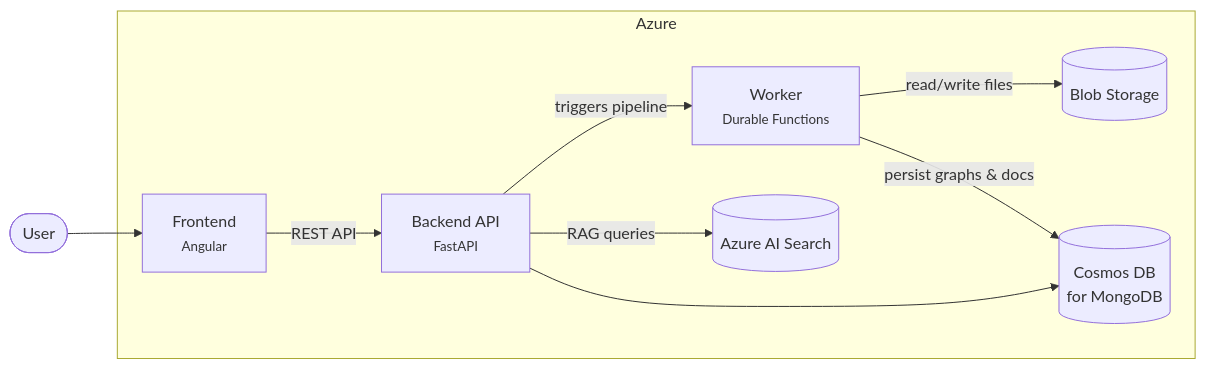
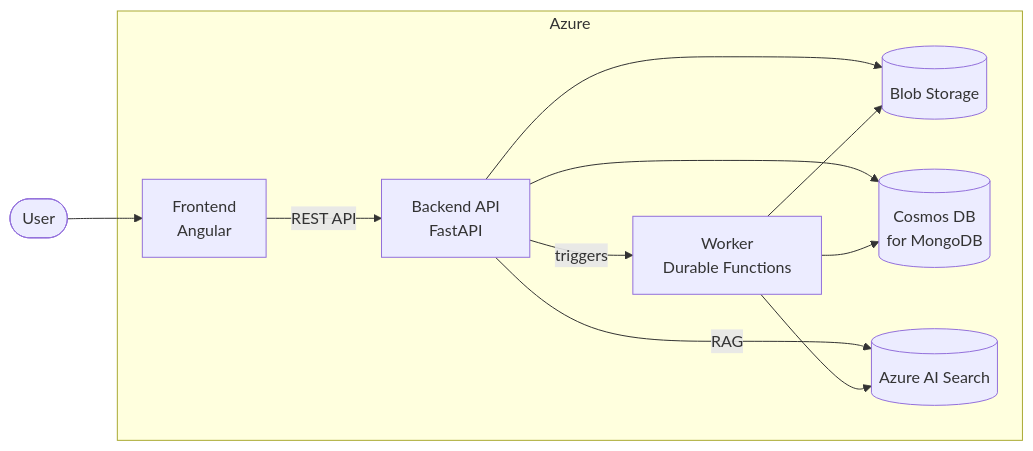
The diagram in README.md (informatique-cdc/retro-doc), drawn with Mermaid before and after one commit.

Commit message:
docs(README): clean mermaid

````diff
--- a/README.md
+++ b/README.md
@@ -44,20 +44,22 @@
 ```mermaid
 graph LR
     User([User]) --> Frontend
 
     subgraph Azure
-        Frontend["Frontend<br/><small>Angular</small>"]
-        Backend["Backend API<br/><small>FastAPI</small>"]
-        Worker["Worker<br/><small>Durable Functions</small>"]
+        Frontend["Frontend<br/>Angular"]
+        Backend["Backend API<br/>FastAPI"]
+        Worker["Worker<br/>Durable Functions"]
         Blob[(Blob Storage)]
         DB[(Cosmos DB<br/>for MongoDB)]
         Search[(Azure AI Search)]
     end
 
     Frontend -->|REST API| Backend
-    Backend -->|triggers pipeline| Worker
-    Backend -->|RAG queries| Search
+    Backend -->|triggers| Worker
+    Backend -->|RAG| Search
     Backend --> DB
-    Worker -->|read/write files| Blob
-    Worker -->|persist graphs & docs| DB
+    Backend --> Blob
+    Worker --> Blob
+    Worker --> DB
+    Worker --> Search
 ```
````
